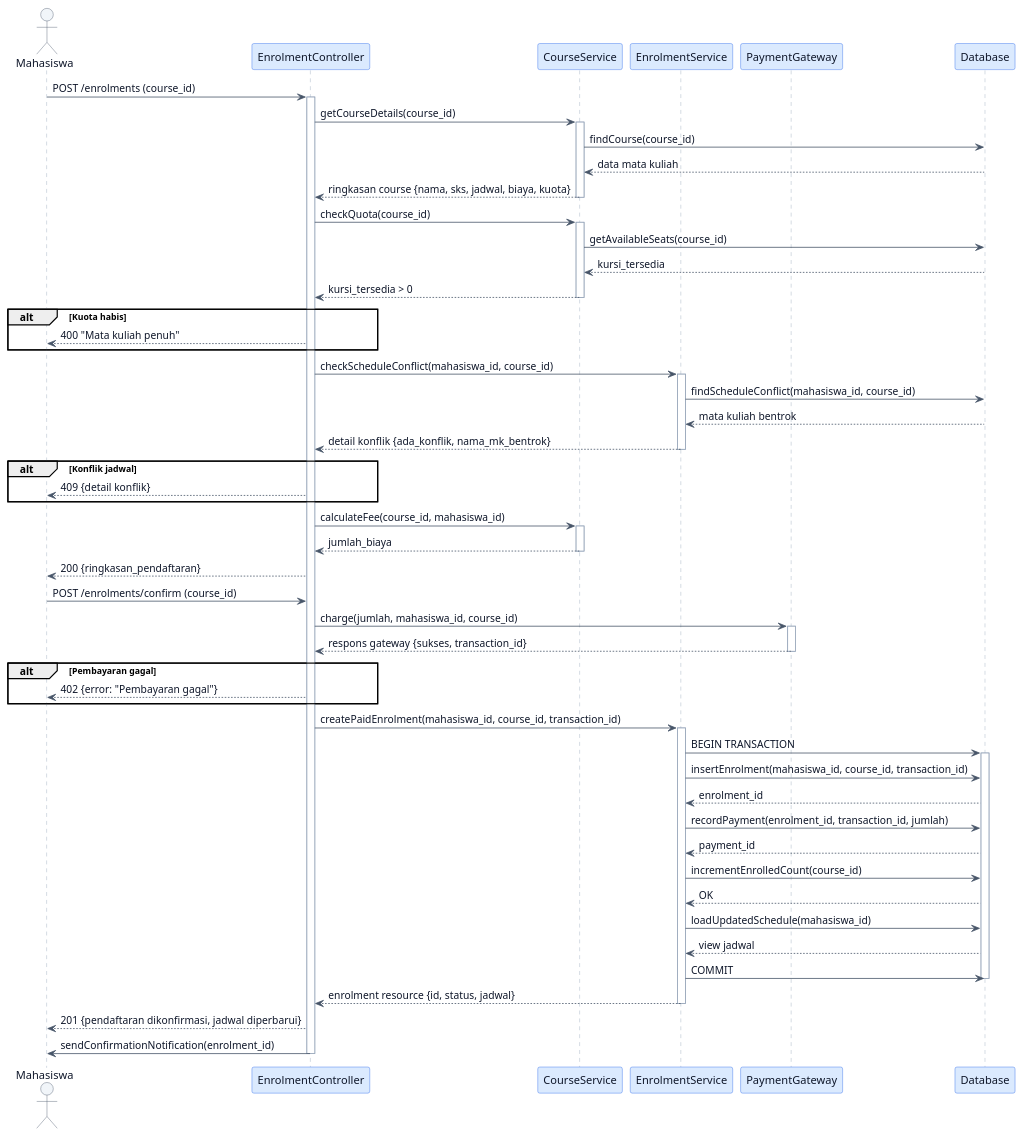
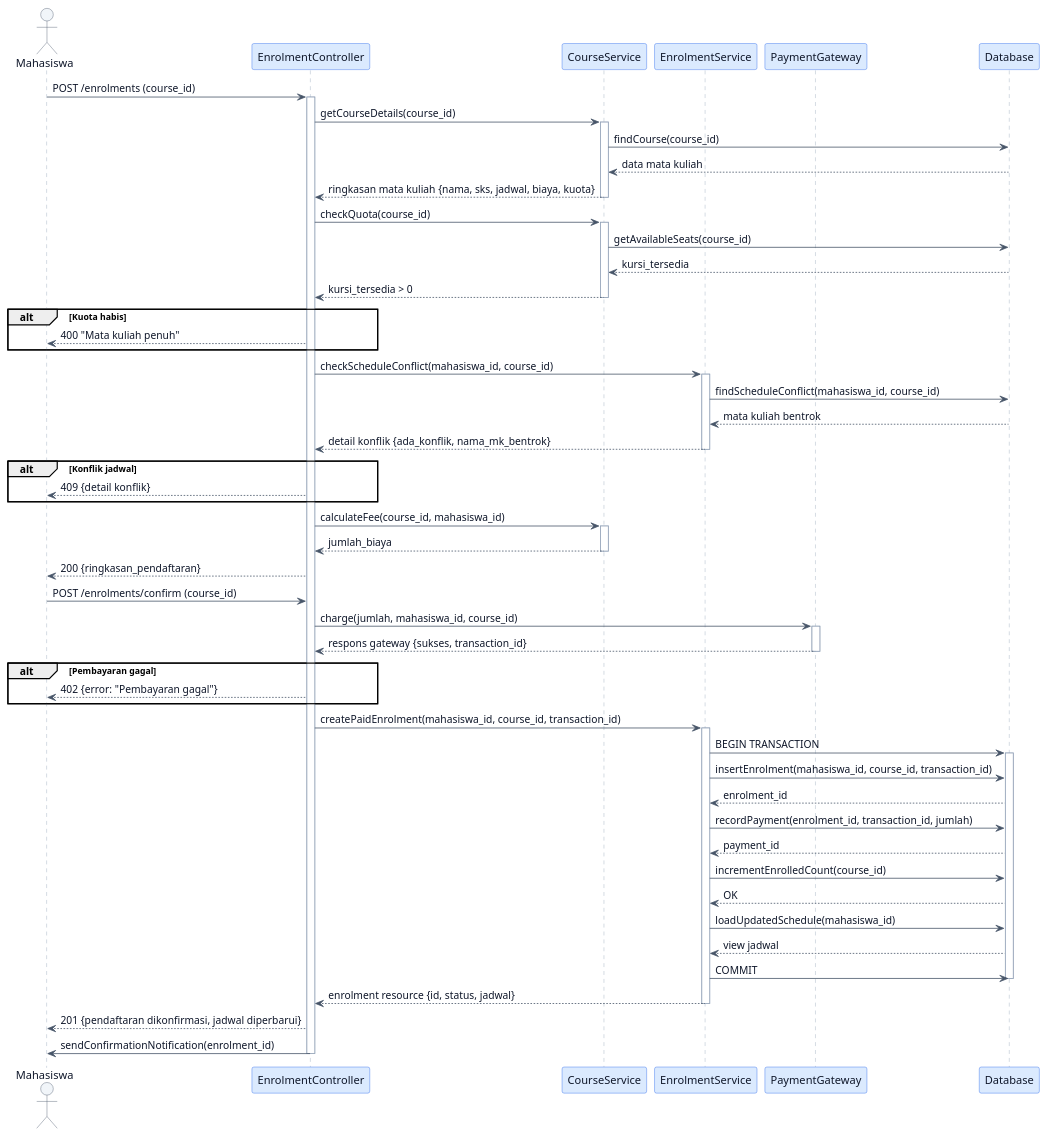
Before and after one commit to se-polinema/se-polinema.github.io: the second of 2 diagrams in src/content/blog/uml-series-part-4-sequence-diagram.md, drawn with PlantUML. The commit also changed other lines of this file and 29 other files, not shown here.

```diff
--- a/src/content/blog/uml-series-part-4-sequence-diagram.md
+++ b/src/content/blog/uml-series-part-4-sequence-diagram.md
@@ -368,7 +368,7 @@
 activate CS
 CS -> DB : findCourse(course_id)
 DB --> CS : data mata kuliah
-CS --> EC : ringkasan course {nama, sks, jadwal, biaya, kuota}
+CS --> EC : ringkasan mata kuliah {nama, sks, jadwal, biaya, kuota}
 deactivate CS
 
 EC -> CS : checkQuota(course_id)
```
